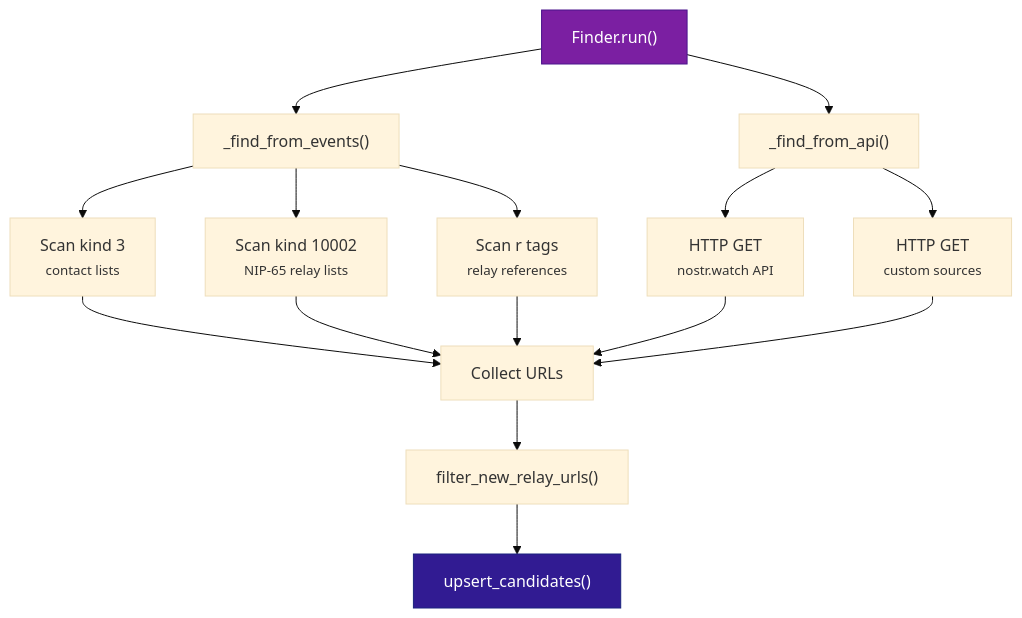
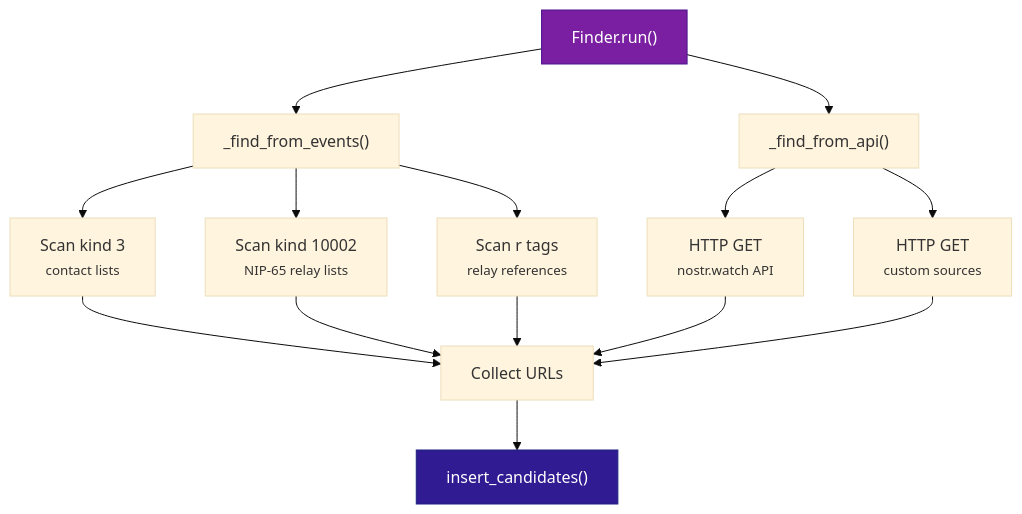
One commit to BigBrotr/bigbrotr changed the second of 5 diagrams in docs/user-guide/pipeline.md. Above: the diagram before and after it, drawn with Mermaid (base theme). The commit also changed other lines of this file and 14 other files, not shown here.

````diff
--- a/docs/user-guide/pipeline.md
+++ b/docs/user-guide/pipeline.md
@@ -112,24 +112,23 @@
 ```mermaid
 flowchart TD
     A["Finder.run()"] --> B["_find_from_events()"]
     A --> C["_find_from_api()"]
 
     B --> D["Scan kind 3<br/><small>contact lists</small>"]
     B --> E["Scan kind 10002<br/><small>NIP-65 relay lists</small>"]
     B --> F["Scan r tags<br/><small>relay references</small>"]
 
     C --> G["HTTP GET<br/><small>nostr.watch API</small>"]
     C --> H["HTTP GET<br/><small>custom sources</small>"]
 
     D --> I["Collect URLs"]
     E --> I
     F --> I
     G --> I
     H --> I
 
-    I --> J["filter_new_relay_urls()"]
-    J --> K["upsert_candidates()"]
+    I --> J["insert_candidates()"]
 
     style A fill:#7B1FA2,color:#fff,stroke:#4A148C
-    style K fill:#311B92,color:#fff,stroke:#1A237E
+    style J fill:#311B92,color:#fff,stroke:#1A237E
 ```
````
